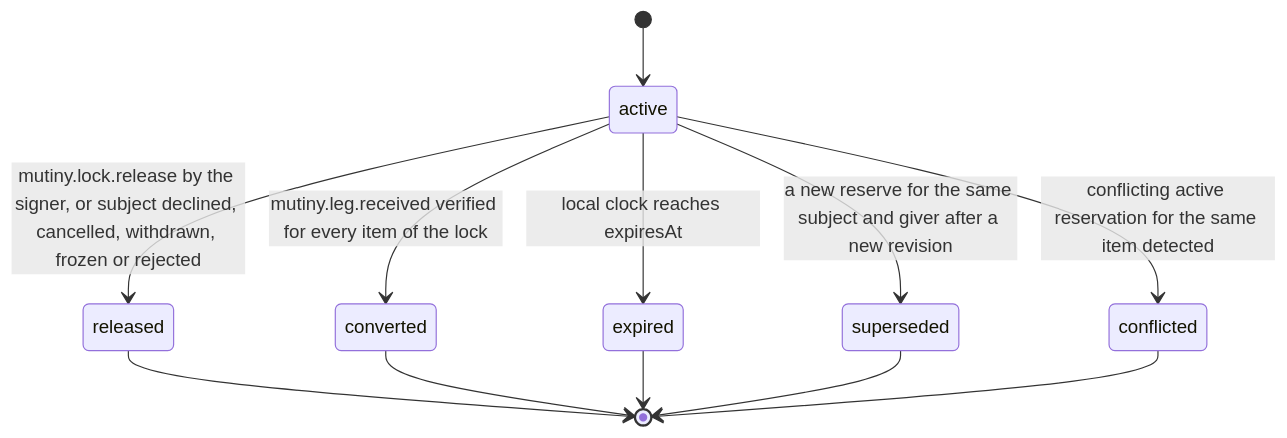
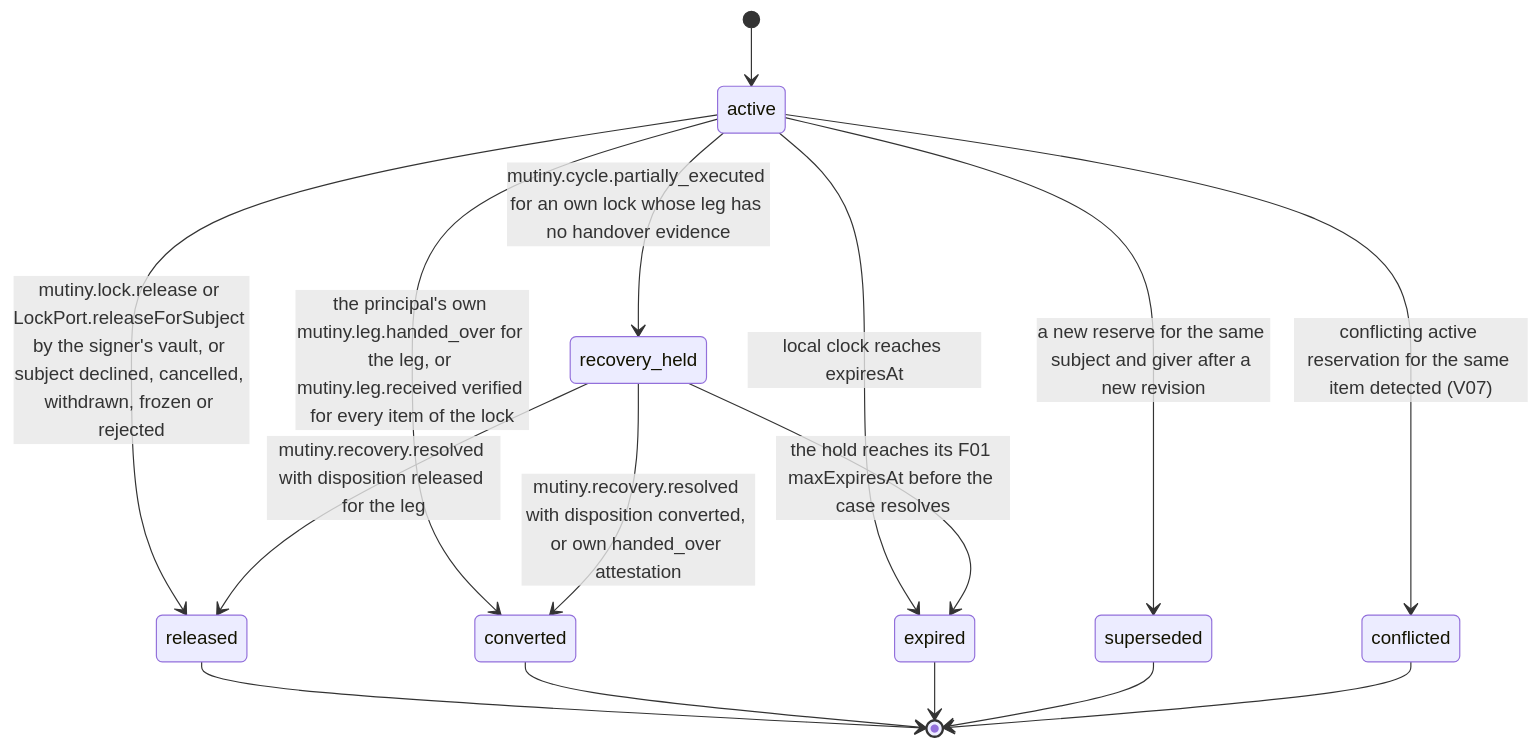
One commit to djshellshoxxx/CLASSifiedisRUPTed changed the diagram in 02_LocalMutiny/03_cycle_execution/mod_lock/workflow_state_machine.md. Above: the diagram before and after it, drawn with Mermaid. The commit also changed other lines of this file and 376 other files, not shown here.

````diff
--- a/02_LocalMutiny/03_cycle_execution/mod_lock/workflow_state_machine.md
+++ b/02_LocalMutiny/03_cycle_execution/mod_lock/workflow_state_machine.md
@@ -27,14 +31,18 @@
 ```mermaid
 stateDiagram-v2
   [*] --> active
-  active --> released: mutiny.lock.release by the signer, or subject declined, cancelled, withdrawn, frozen or rejected
-  active --> converted: mutiny.leg.received verified for every item of the lock
+  active --> released: mutiny.lock.release or LockPort.releaseForSubject by the signer's vault, or subject declined, cancelled, withdrawn, frozen or rejected
+  active --> converted: the principal's own mutiny.leg.handed_over for the leg, or mutiny.leg.received verified for every item of the lock
   active --> superseded: a new reserve for the same subject and giver after a new revision
   active --> expired: local clock reaches expiresAt
-  active --> conflicted: conflicting active reservation for the same item detected
+  active --> conflicted: conflicting active reservation for the same item detected (V07)
+  active --> recovery_held: mutiny.cycle.partially_executed for an own lock whose leg has no handover evidence
+  recovery_held --> released: mutiny.recovery.resolved with disposition released for the leg
+  recovery_held --> converted: mutiny.recovery.resolved with disposition converted, or own handed_over attestation
+  recovery_held --> expired: the hold reaches its F01 maxExpiresAt before the case resolves
   released --> [*]
   converted --> [*]
   expired --> [*]
   superseded --> [*]
   conflicted --> [*]
 ```
````
